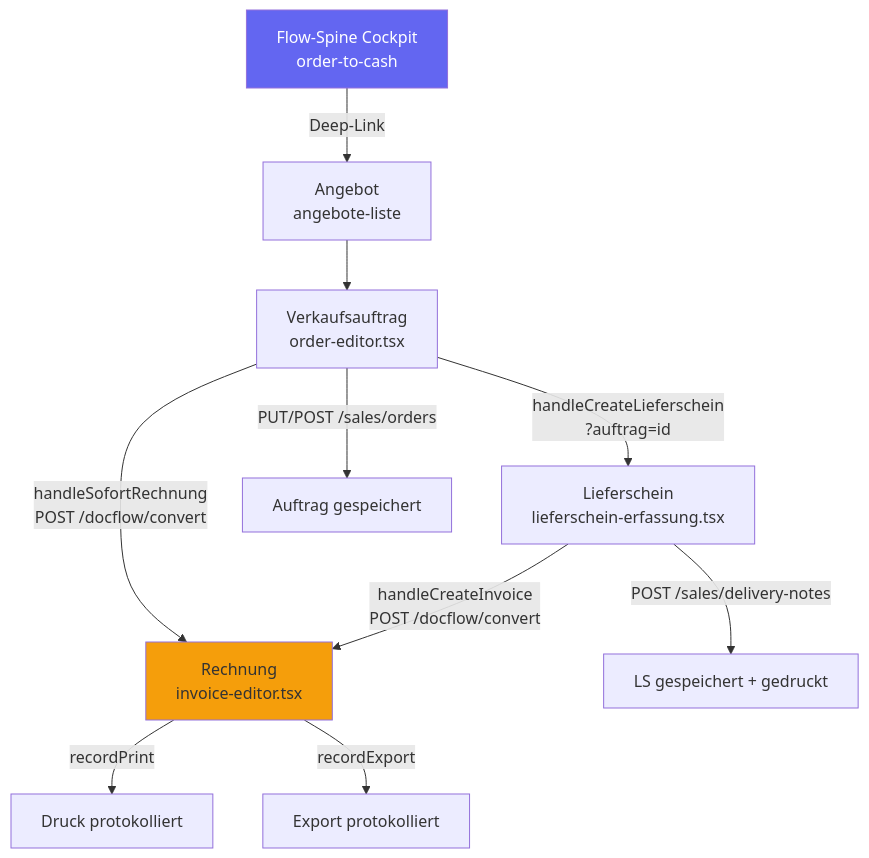
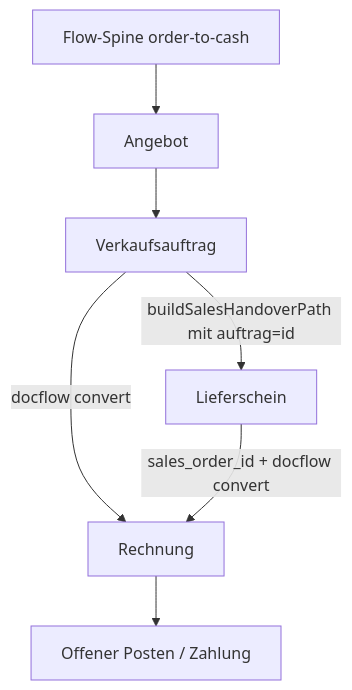
One commit to JochenWeerda/VALEO-NeuroERP-3.0 changed the diagram in docs/workflows/otc-010-order-to-cash.md. Above: the diagram before and after it, drawn with Mermaid. The commit also changed other lines of this file and 3 other files, not shown here.

````diff
--- a/docs/workflows/otc-010-order-to-cash.md
+++ b/docs/workflows/otc-010-order-to-cash.md
@@ -55,19 +24,9 @@
 ```mermaid
 flowchart TD
-    A[Flow-Spine Cockpit\norder-to-cash] -->|Deep-Link| B[Angebot\nangebote-liste]
-    B --> C[Verkaufsauftrag\norder-editor.tsx]
-
-    C -->|handleCreateLieferschein\n?auftrag=id| D[Lieferschein\nlieferschein-erfassung.tsx]
-    C -->|handleSofortRechnung\nPOST /docflow/convert| E[Rechnung\ninvoice-editor.tsx]
-
-    D -->|handleCreateInvoice\nPOST /docflow/convert| E
-
-    E -->|recordPrint| F[Druck protokolliert]
-    E -->|recordExport| G[Export protokolliert]
-
-    D -->|POST /sales/delivery-notes| H[LS gespeichert + gedruckt]
-    C -->|PUT/POST /sales/orders| I[Auftrag gespeichert]
-
-    style A fill:#6366f1,color:#fff
-    style E fill:#f59e0b
+    A[Flow-Spine order-to-cash] --> B[Angebot]
+    B --> C[Verkaufsauftrag]
+    C -->|buildSalesHandoverPath mit auftrag=id| D[Lieferschein]
+    C -->|docflow convert| E[Rechnung]
+    D -->|sales_order_id + docflow convert| E
+    E --> F[Offener Posten / Zahlung]
 ```
````
